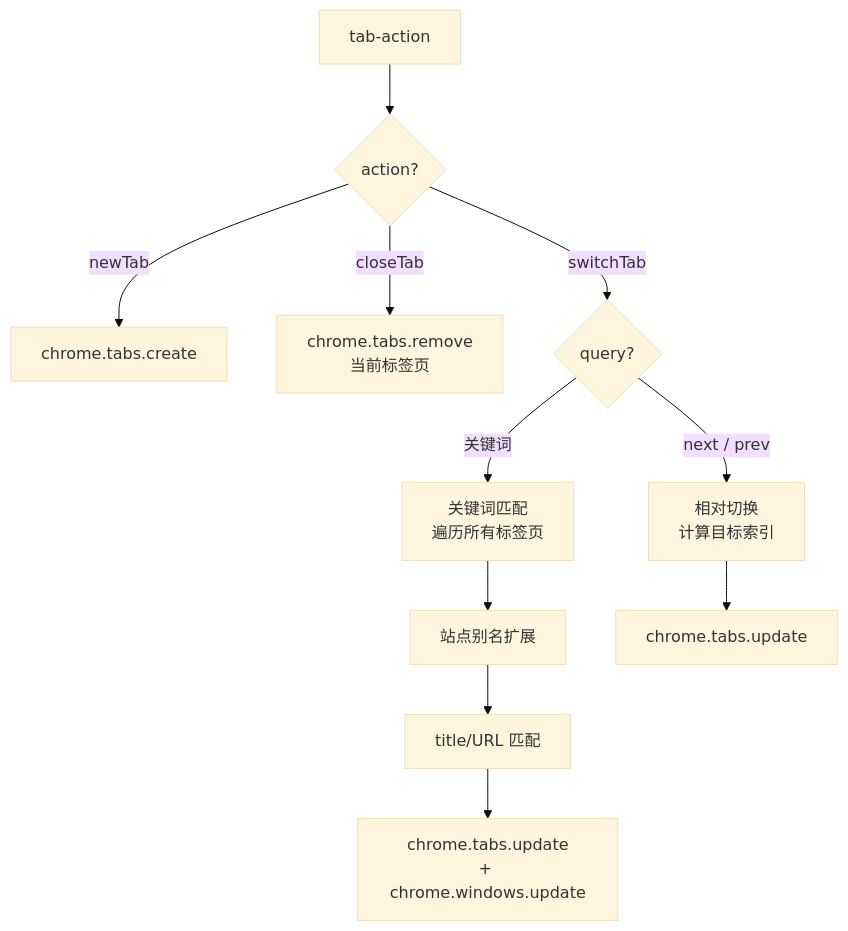
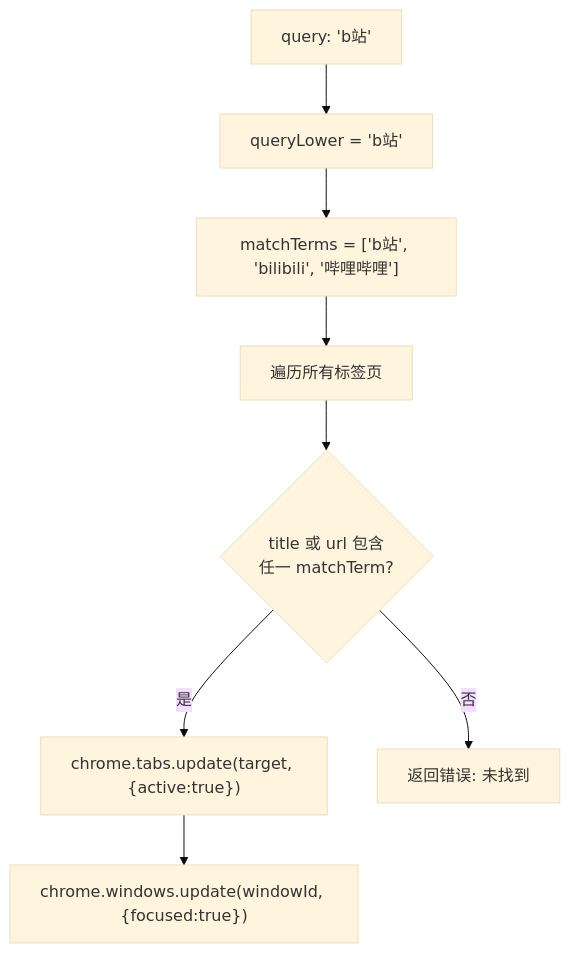
One commit to zw123zw/ai-browser changed the fourth of 5 diagrams in docs/architecture/background-service.md. Above: the diagram before and after it, drawn with Mermaid (base theme). The commit also changed other lines of this file and 42 other files, not shown here.

````diff
--- a/docs/architecture/background-service.md
+++ b/docs/architecture/background-service.md
@@ -258,13 +201,10 @@
 ```mermaid
-graph TD
-    A[tab-action] --> B{action?}
-    B -->|newTab| C[chrome.tabs.create]
-    B -->|closeTab| D[chrome.tabs.remove<br/>当前标签页]
-    B -->|switchTab| E{query?}
-    E -->|next / prev| F[相对切换<br/>计算目标索引]
-    E -->|关键词| G[关键词匹配<br/>遍历所有标签页]
-    G --> H[站点别名扩展]
-    H --> I[title/URL 匹配]
-    I --> J[chrome.tabs.update<br/>+ chrome.windows.update]
-    F --> K[chrome.tabs.update]
+flowchart TD
+    A["query: 'b站'"] --> B["queryLower = 'b站'"]
+    B --> C["matchTerms = ['b站', 'bilibili', '哔哩哔哩']"]
+    C --> D["遍历所有标签页"]
+    D --> E{"title 或 url 包含<br/>任一 matchTerm?"}
+    E -->|是| F["chrome.tabs.update(target, {active:true})"]
+    E -->|否| G["返回错误: 未找到"]
+    F --> H["chrome.windows.update(windowId, {focused:true})"]
 ```
````
